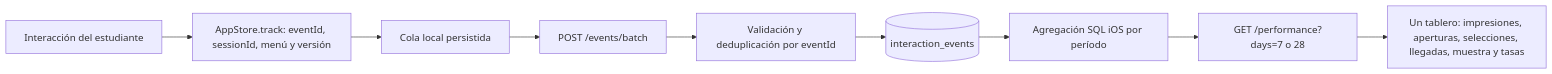
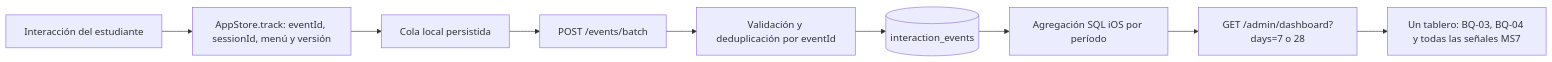
One commit to k-alvarezr/UniEat---iOS changed the second of 2 diagrams in docs/sprint2-sustentacion.md. Above: the diagram before and after it, drawn with Mermaid. The commit also changed other lines of this file and 17 other files, not shown here.

First line of the commit message:
Complete MS7 analytics views and saved menu flow (#14)

````diff
--- a/docs/sprint2-sustentacion.md
+++ b/docs/sprint2-sustentacion.md
@@ -35,11 +35,11 @@
 ```mermaid
 flowchart LR
   A[Interacción del estudiante] --> B[AppStore.track: eventId, sessionId, menú y versión]
   B --> C[Cola local persistida]
   C --> D[POST /events/batch]
   D --> E[Validación y deduplicación por eventId]
   E --> F[(interaction_events)]
   F --> G[Agregación SQL iOS por período]
-  G --> H[GET /performance?days=7 o 28]
-  H --> I[Un tablero: impresiones, aperturas, selecciones, llegadas, muestra y tasas]
+  G --> H[GET /admin/dashboard?days=7 o 28]
+  H --> I[Un tablero: BQ-03, BQ-04 y todas las señales MS7]
 ```
````
